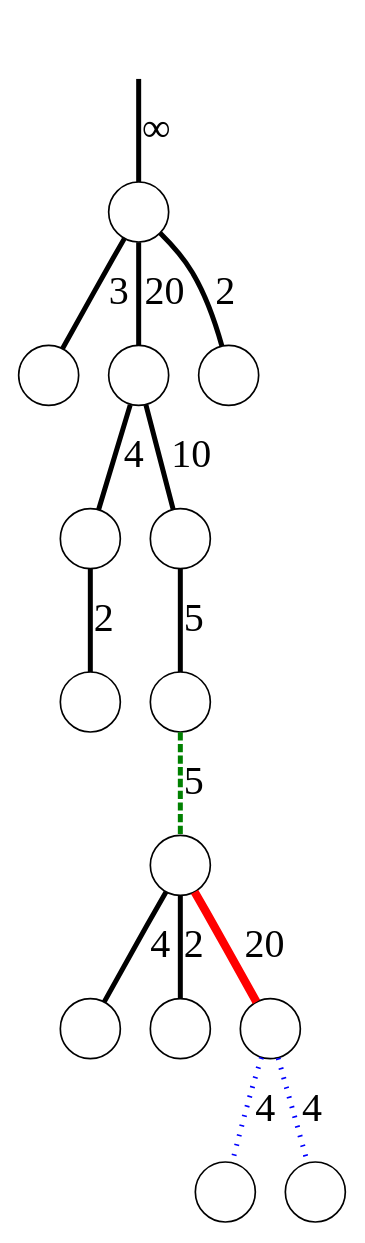
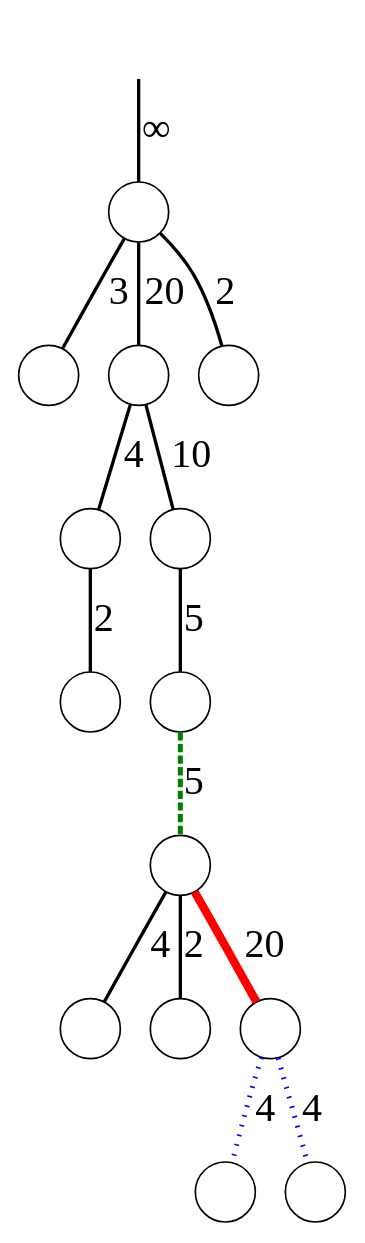
One commit to sgolodetz/waterfallpaper changed the diagram in graphs/example-c.gv. Above: the diagram before and after it, drawn with Graphviz. The commit also changed 15 other files, not shown here.

Commit message:
Fix the edge thicknesses in Figure 10.

```diff
--- a/graphs/example-c.gv
+++ b/graphs/example-c.gv
@@ -1,22 +1,22 @@
 digraph
 {
 	node [shape=circle, label=""];
-	edge [dir=both, arrowtail=none, arrowhead=none, penwidth=3, fontsize=24];
+	edge [dir=both, arrowtail=none, arrowhead=none, penwidth=2, fontsize=24];
 
 	r -> n00 [label="&infin;"];
 	n00 -> n10 [label=3];
 	n00 -> n11 [label=20];
 	n00 -> n12 [label=2];
 	n11 -> n20 [label=4];
 	n11 -> n21 [label=10];
 	n20 -> n30 [label=2];
 	n21 -> n31 [label=5];
-	n31 -> n40 [label=5, color=green, style=dashed];
+	n31 -> n40 [label=5, color=green, style=dashed, penwidth=3];
 	n40 -> n50 [label=4];
 	n40 -> n51 [label=2];
 	n40 -> n52 [label=20, color=red, penwidth=5];
-	n52 -> n60 [label=4, color=blue, style=dotted];
-	n52 -> n61 [label=4, color=blue, style=dotted];
+	n52 -> n60 [label=4, color=blue, style=dotted, penwidth=3];
+	n52 -> n61 [label=4, color=blue, style=dotted, penwidth=3];
 
 	r [style=invisible];
 }
```
